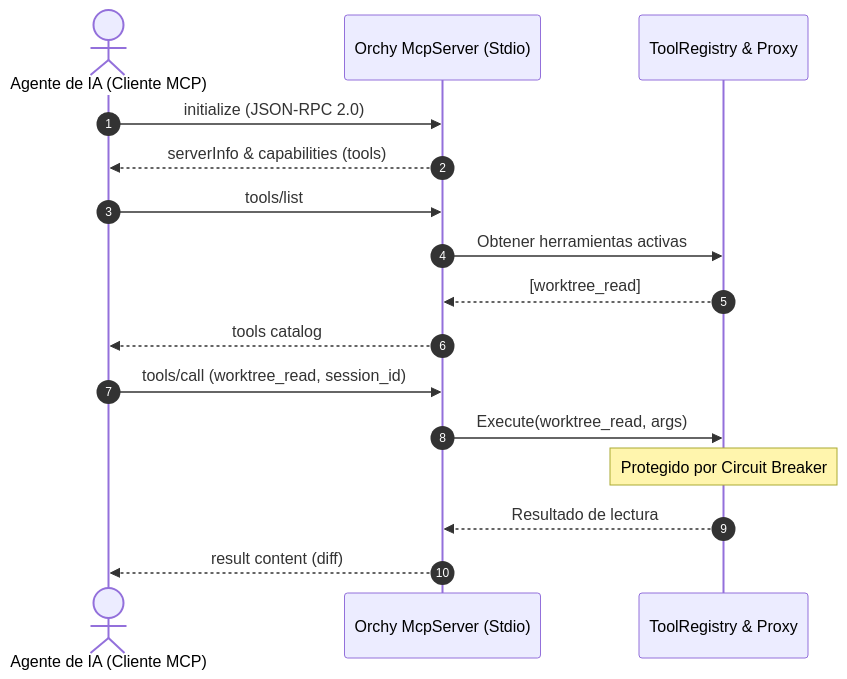
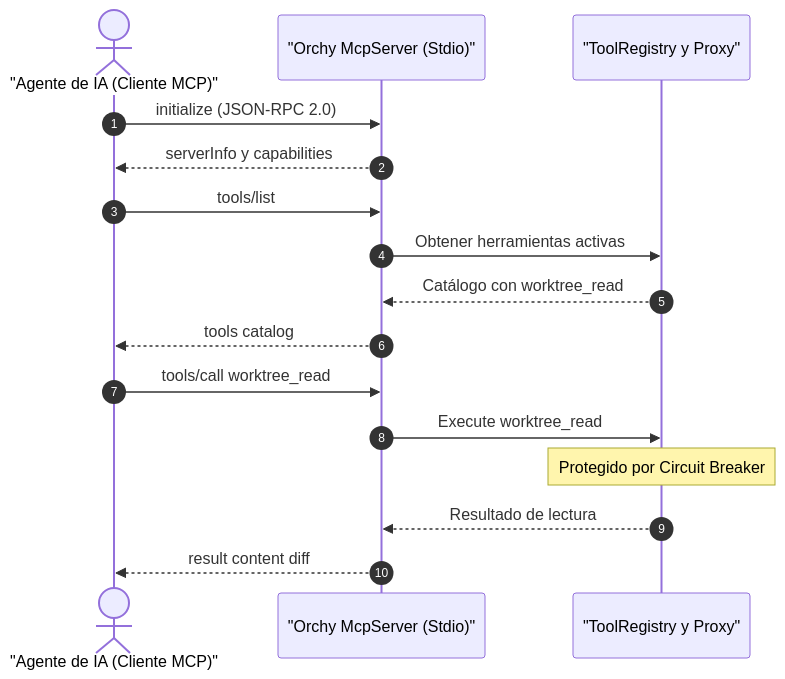
The diagram in docs/orchy/mcp.md (GountzJs/gountz-ia), drawn with Mermaid before and after one commit. The commit also changed 14 other files, not shown here.

````diff
--- a/docs/orchy/mcp.md
+++ b/docs/orchy/mcp.md
@@ -22,21 +22,19 @@
 ```mermaid
 sequenceDiagram
     autonumber
-    actor LLM as Agente de IA (Cliente MCP)
-    participant Server as Orchy McpServer (Stdio)
-    participant Registry as ToolRegistry & Proxy
+    actor LLM as "Agente de IA (Cliente MCP)"
+    participant Server as "Orchy McpServer (Stdio)"
+    participant Registry as "ToolRegistry y Proxy"
 
     LLM->>Server: initialize (JSON-RPC 2.0)
-    Server-->>LLM: serverInfo & capabilities (tools)
-
+    Server-->>LLM: serverInfo y capabilities
     LLM->>Server: tools/list
     Server->>Registry: Obtener herramientas activas
-    Registry-->>Server: [worktree_read]
+    Registry-->>Server: Catálogo con worktree_read
     Server-->>LLM: tools catalog
-
-    LLM->>Server: tools/call (worktree_read, session_id)
-    Server->>Registry: Execute(worktree_read, args)
+    LLM->>Server: tools/call worktree_read
+    Server->>Registry: Execute worktree_read
     Note over Registry: Protegido por Circuit Breaker
     Registry-->>Server: Resultado de lectura
-    Server-->>LLM: result content (diff)
+    Server-->>LLM: result content diff
 ```
````
